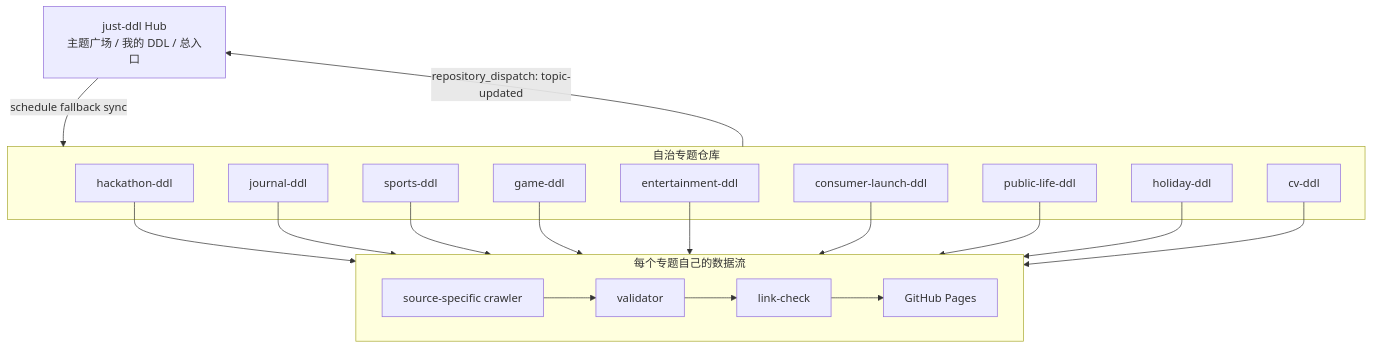
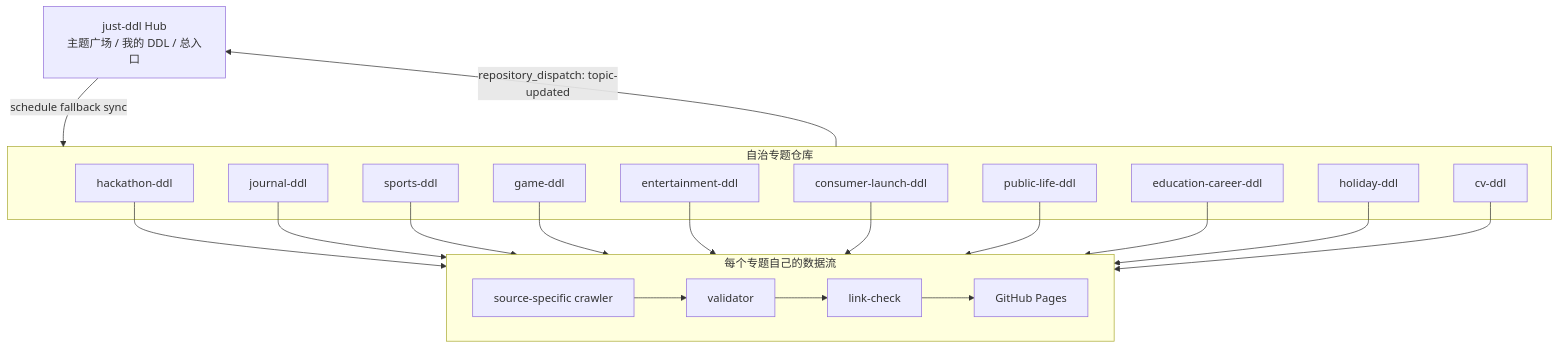
The first of 2 diagrams in README.md (Just-Agent/just-ddl), drawn with Mermaid before and after one commit. The commit also changed other lines of this file and 5 other files, not shown here.

Commit message:
feat: register education career topics

````diff
--- a/README.md
+++ b/README.md
@@ -78,37 +80,39 @@
 ```mermaid
 flowchart TB
   Hub["just-ddl Hub<br/>主题广场 / 我的 DDL / 总入口"]
 
   subgraph Topics["自治专题仓库"]
     Hackathon["hackathon-ddl"]
     Journal["journal-ddl"]
     Sports["sports-ddl"]
     Game["game-ddl"]
     Entertainment["entertainment-ddl"]
     Consumer["consumer-launch-ddl"]
     PublicLife["public-life-ddl"]
+    EducationCareer["education-career-ddl"]
     Holiday["holiday-ddl"]
     CV["cv-ddl"]
   end
 
   subgraph Pipeline["每个专题自己的数据流"]
     Crawler["source-specific crawler"]
     Validator["validator"]
     LinkCheck["link-check"]
     Pages["GitHub Pages"]
   end
 
   Crawler --> Validator --> LinkCheck --> Pages
   Hackathon --> Pipeline
   Journal --> Pipeline
   Sports --> Pipeline
   Game --> Pipeline
   Entertainment --> Pipeline
   Consumer --> Pipeline
   PublicLife --> Pipeline
+  EducationCareer --> Pipeline
   Holiday --> Pipeline
   CV --> Pipeline
 
   Topics -- "repository_dispatch: topic-updated" --> Hub
   Hub -- "schedule fallback sync" --> Topics
 ```
````
